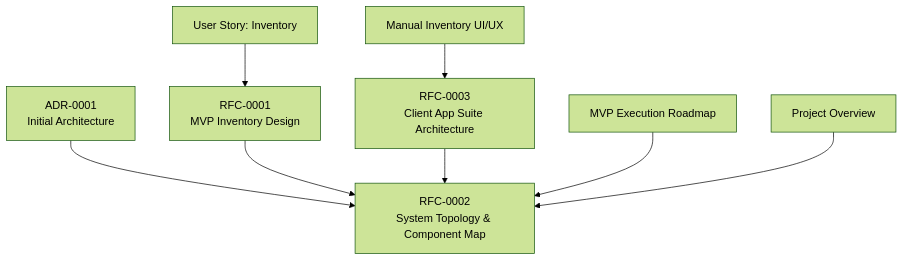
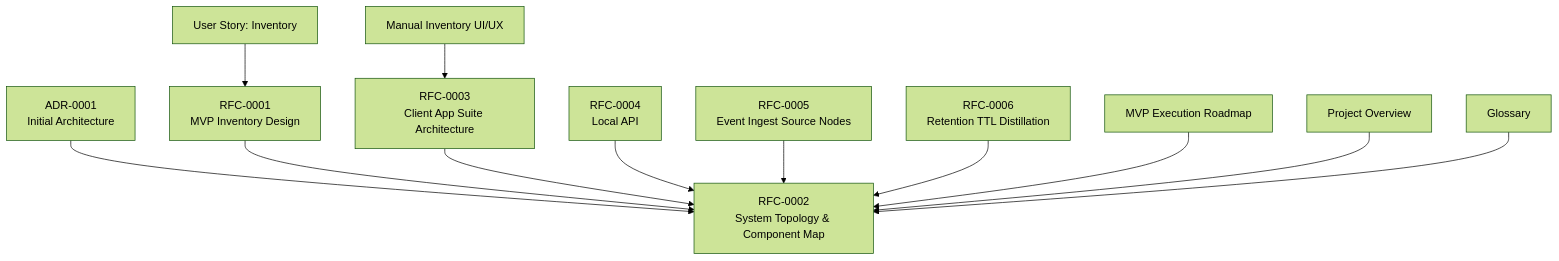
One commit to asukhodko/timeskein changed the first of 2 diagrams in .qoder/repowiki/en/content/Technical Design Specifications.md. Above: the diagram before and after it, drawn with Mermaid (forest theme). The commit also changed other lines of this file and 8 other files, not shown here.

First line of the commit message:
docs(architecture): adopt manual-first philosophy as core architectural foundation

````diff
--- a/.qoder/repowiki/en/content/Technical Design Specifications.md
+++ b/.qoder/repowiki/en/content/Technical Design Specifications.md
@@ -39,10 +54,14 @@
 ```mermaid
 graph TB
 ADR["ADR-0001<br/>Initial Architecture"] --> RFC2["RFC-0002<br/>System Topology & Component Map"]
 RFC1["RFC-0001<br/>MVP Inventory Design"] --> RFC2
 RFC3["RFC-0003<br/>Client App Suite Architecture"] --> RFC2
+RFC4["RFC-0004<br/>Local API"] --> RFC2
+RFC5["RFC-0005<br/>Event Ingest Source Nodes"] --> RFC2
+RFC6["RFC-0006<br/>Retention TTL Distillation"] --> RFC2
 US1["User Story: Inventory"] --> RFC1
 UX["Manual Inventory UI/UX"] --> RFC3
 Roadmap["MVP Execution Roadmap"] --> RFC2
 Overview["Project Overview"] --> RFC2
+Glossary["Glossary"] --> RFC2
 ```
````
